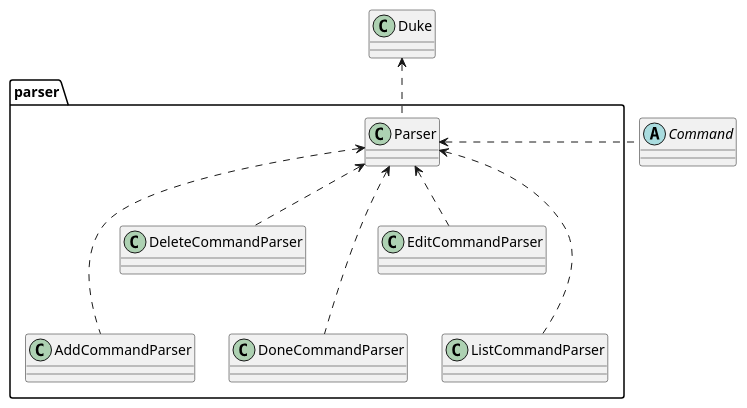
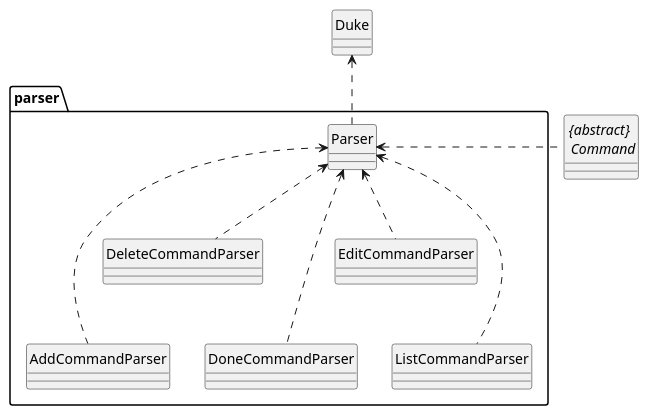
One commit to wangqinNick/tp changed the diagram in docs/diagrams/UML/ParserClassDiagram.puml. Above: the diagram before and after it, drawn with PlantUML. The commit also changed 9 other files, not shown here.

Commit message:
Amend class diagrams to remove the circle

```diff
--- a/docs/diagrams/UML/ParserClassDiagram.puml
+++ b/docs/diagrams/UML/ParserClassDiagram.puml
@@ -1,21 +1,24 @@
 @startuml
 
+hide circle
+skinparam classAttributeIconSize 0
+
 class Duke
-abstract class Command
+abstract class "{abstract} \n Command"
 package parser {
     class Parser
     class AddCommandParser
     class DeleteCommandParser
     class DoneCommandParser
     class EditCommandParser
     class ListCommandParser
 }
 Duke <.. Parser
-Parser <. Command
+Parser <. "{abstract} \n Command"
 Parser <... AddCommandParser
 Parser <.. DeleteCommandParser
 Parser <... DoneCommandParser
 Parser <.. EditCommandParser
 Parser <... ListCommandParser
 
 @enduml
```
